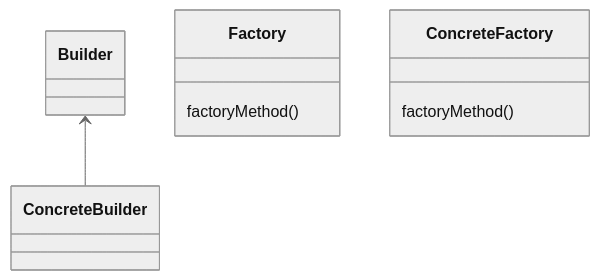
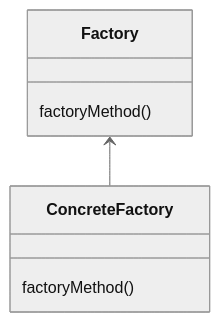
The diagram in design_pattern_practice/src/creational/factory/readme.md (AhmedGharib0014/design_pattern_practice), drawn with Mermaid (neutral theme) before and after one commit. The commit also changed 19 other files, not shown here.

````diff
--- a/design_pattern_practice/src/creational/factory/readme.md
+++ b/design_pattern_practice/src/creational/factory/readme.md
@@ -11,13 +11,13 @@
 ```mermaid
  classDiagram
-    Builder <-- ConcreteBuilder
+    Factory <-- ConcreteFactory
  
     class Factory {
      factoryMethod()
     } 
     
     class ConcreteFactory {
        factoryMethod()
     }
    
 ```
````
